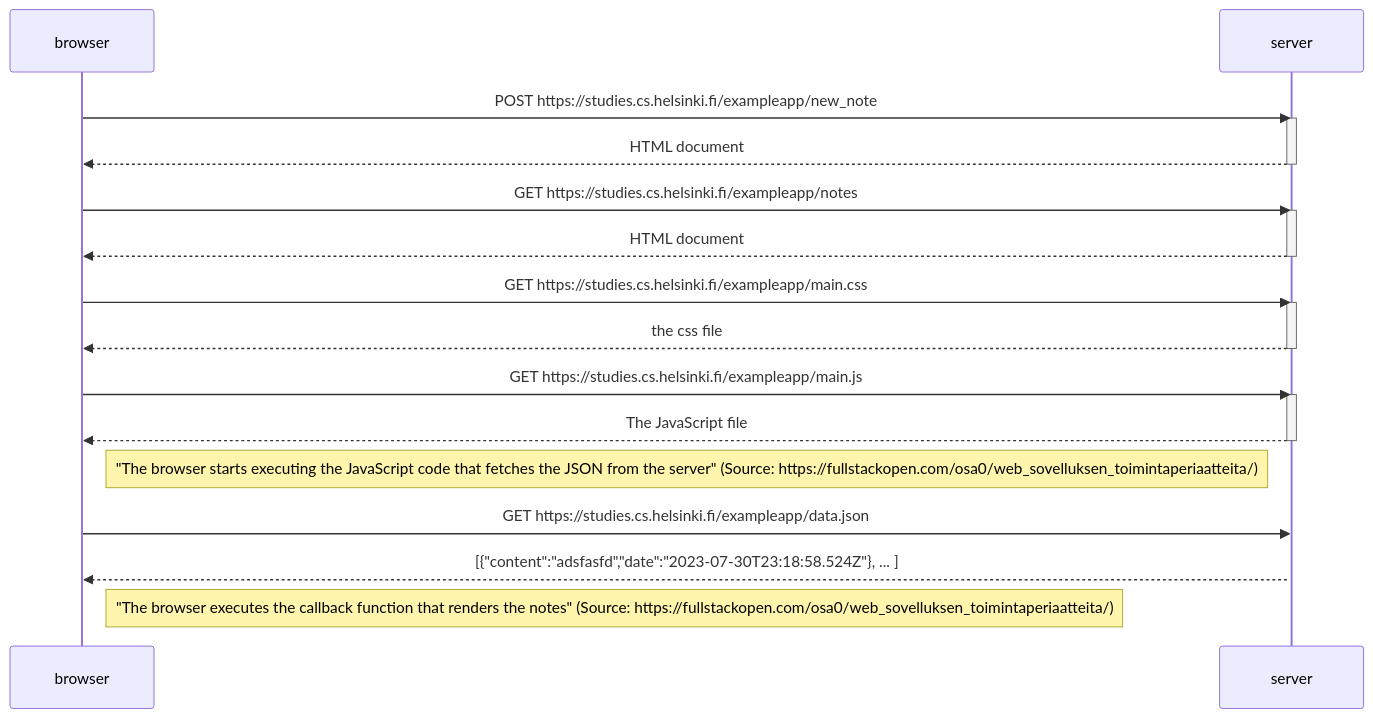
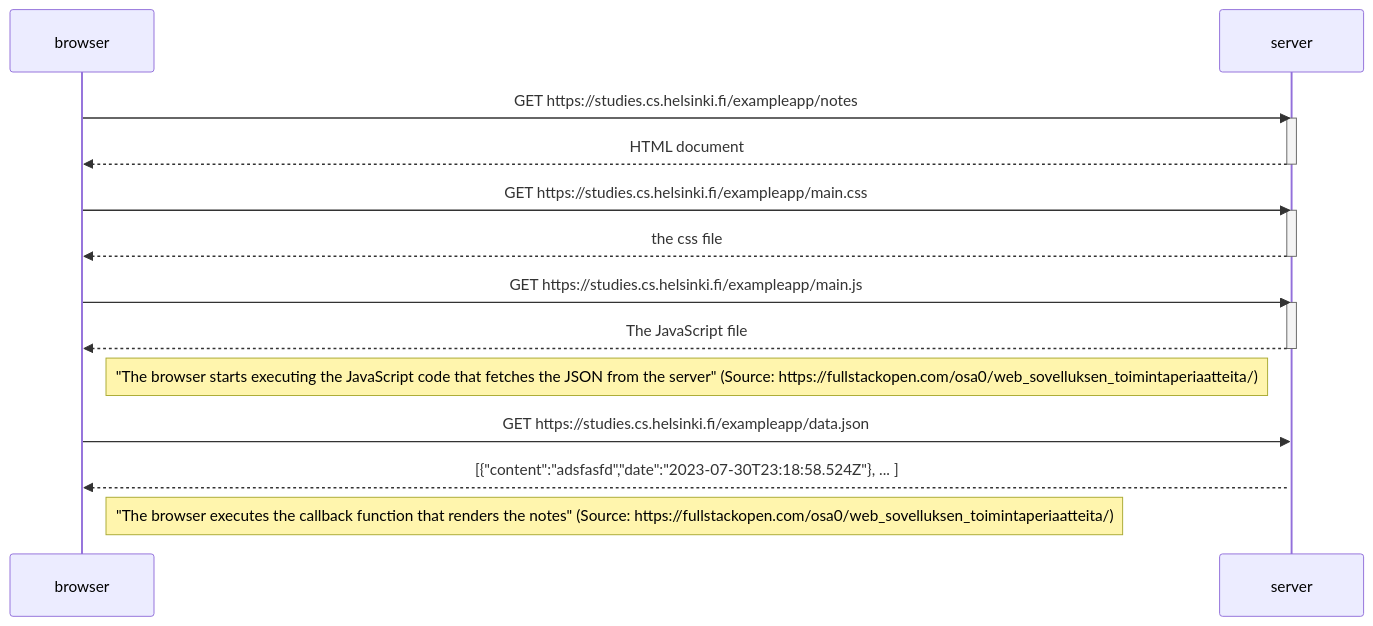
The diagram in 04.md (alelikak/fullstackopen), drawn with Mermaid before and after one commit.

````diff
--- a/04.md
+++ b/04.md
@@ -1,34 +1,30 @@
 ```mermaid
 sequenceDiagram
     participant browser
     participant server
     
-    browser->>server: POST https://studies.cs.helsinki.fi/exampleapp/new_note
-    activate server
-    server-->>browser: HTML document
-    deactivate server
     
     browser->>server: GET https://studies.cs.helsinki.fi/exampleapp/notes
     activate server
     server-->>browser: HTML document
     deactivate server
     
     browser->>server: GET https://studies.cs.helsinki.fi/exampleapp/main.css
     activate server
     server-->>browser: the css file
     deactivate server
     
     
     browser->>server: GET https://studies.cs.helsinki.fi/exampleapp/main.js
     activate server
     server-->>browser: The JavaScript file
     deactivate server    
 
     Note right of browser: "The browser starts executing the JavaScript code that fetches the JSON from the server" (Source: https://fullstackopen.com/osa0/web_sovelluksen_toimintaperiaatteita/)
     
 
     browser->>server: GET https://studies.cs.helsinki.fi/exampleapp/data.json
     activate server
     server-->>browser: [{"content":"adsfasfd","date":"2023-07-30T23:18:58.524Z"}, ... ]
     Note right of browser: "The browser executes the callback function that renders the notes" (Source: https://fullstackopen.com/osa0/web_sovelluksen_toimintaperiaatteita/)
 ```
````
